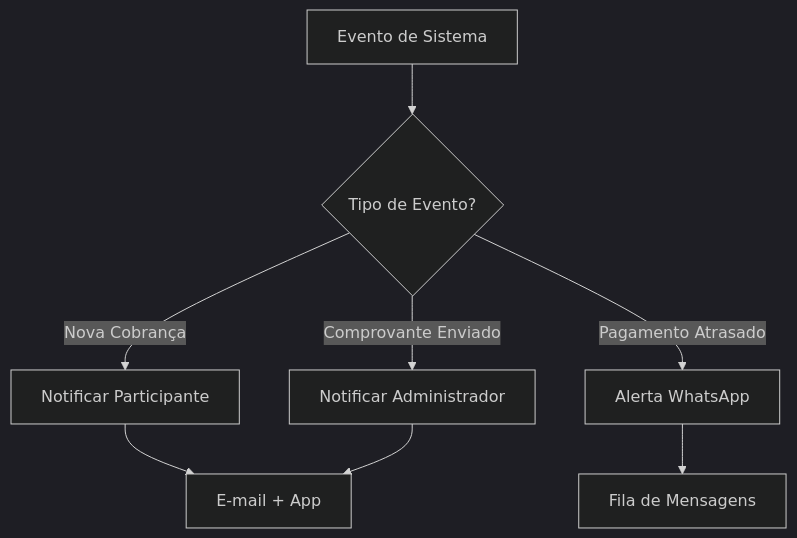
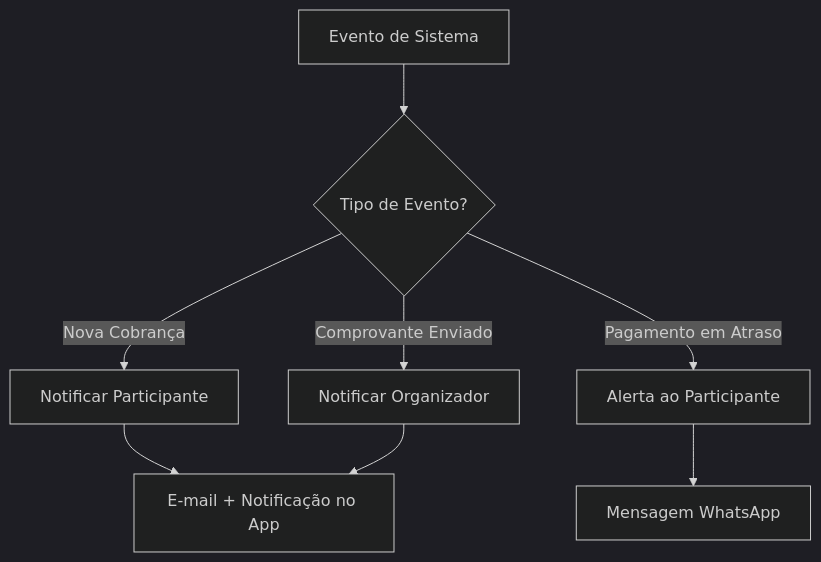
Before and after one commit to MateusNGF/streamshare: the second of 2 diagrams in content/docs/especificacao/arquitetura.mdx, drawn with Mermaid (dark theme). The commit also changed other lines of this file and 22 other files, not shown here.

Commit message:
fix: mermaid fixed and text sanitiz

````diff
--- a/content/docs/especificacao/arquitetura.mdx
+++ b/content/docs/especificacao/arquitetura.mdx
@@ -28,11 +36,11 @@
 ```mermaid
 graph TD
     A[Evento de Sistema] --> B{Tipo de Evento?}
     B -- Nova Cobrança --> C[Notificar Participante]
-    B -- Comprovante Enviado --> D[Notificar Administrador]
-    B -- Pagamento Atrasado --> E[Alerta WhatsApp]
-    
-    C --> F[E-mail + App]
+    B -- Comprovante Enviado --> D[Notificar Organizador]
+    B -- Pagamento em Atraso --> E[Alerta ao Participante]
+
+    C --> F[E-mail + Notificação no App]
     D --> F
-    E --> G[Fila de Mensagens]
+    E --> G[Mensagem WhatsApp]
 ```
````
